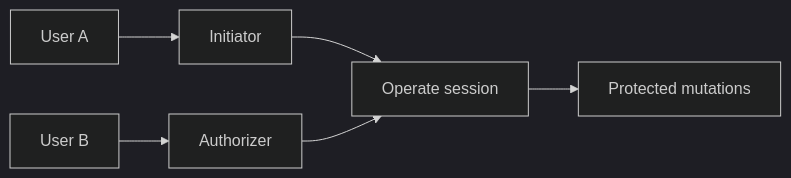
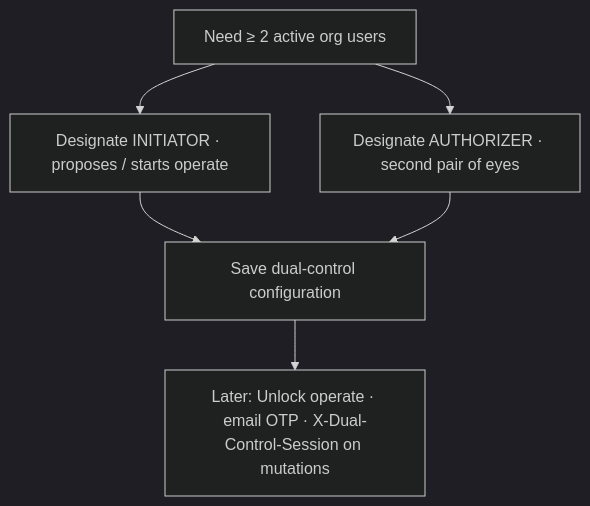
One commit to Phantom-Fort/Phantix-Frontend changed the diagram in docs/how-to/platform/04-assign-dual-control.md. Above: the diagram before and after it, drawn with Mermaid (dark theme). The commit also changed other lines of this file and 44 other files, not shown here.

````diff
--- a/docs/how-to/platform/04-assign-dual-control.md
+++ b/docs/how-to/platform/04-assign-dual-control.md
@@ -26,8 +12,7 @@
 ```mermaid
-flowchart LR
-  U1[User A] --> I[Initiator]
-  U2[User B] --> A[Authorizer]
-  I --> S[Operate session]
-  A --> S
-  S --> M[Protected mutations]
+flowchart TD
+  A[Need ≥ 2 active org users] --> B[Designate INITIATOR · proposes / starts operate]
+  A --> C[Designate AUTHORIZER · second pair of eyes]
+  B & C --> D[Save dual-control configuration]
+  D --> E[Later: Unlock operate · email OTP · X-Dual-Control-Session on mutations]
 ```
````
